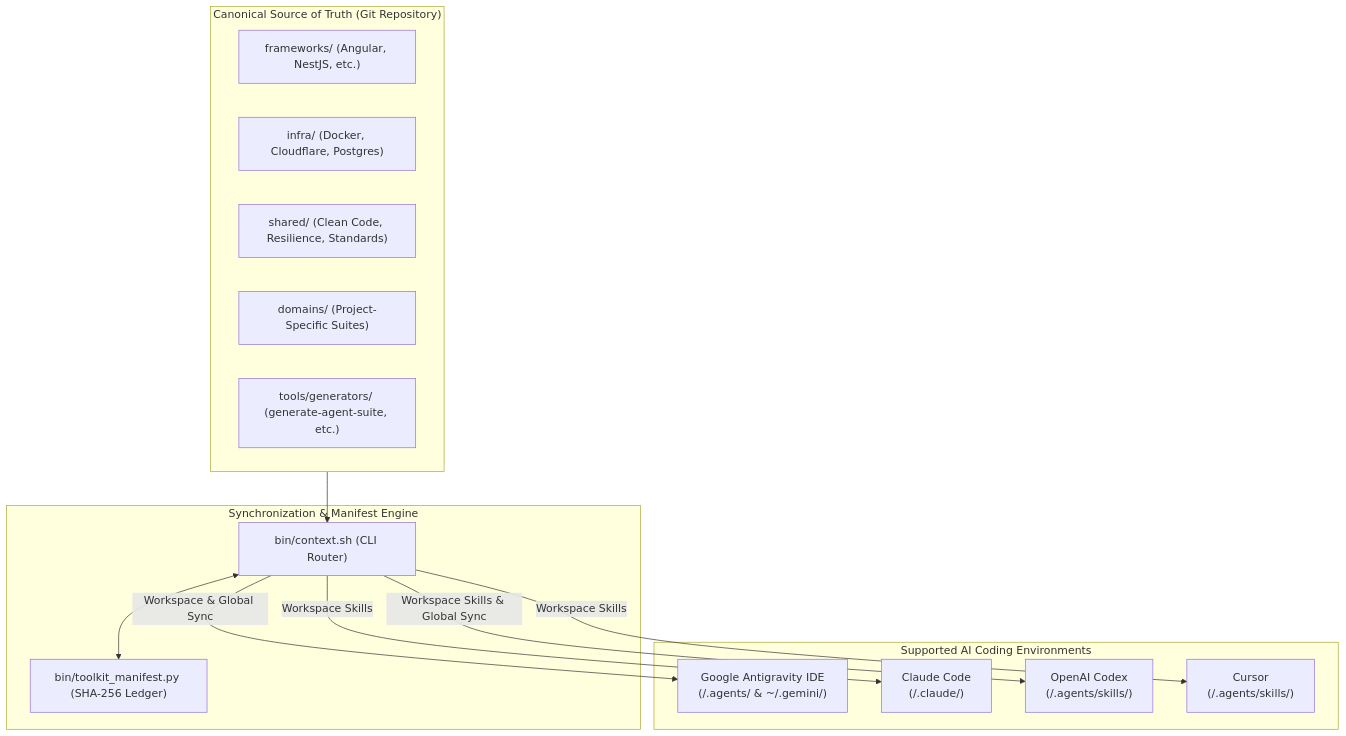
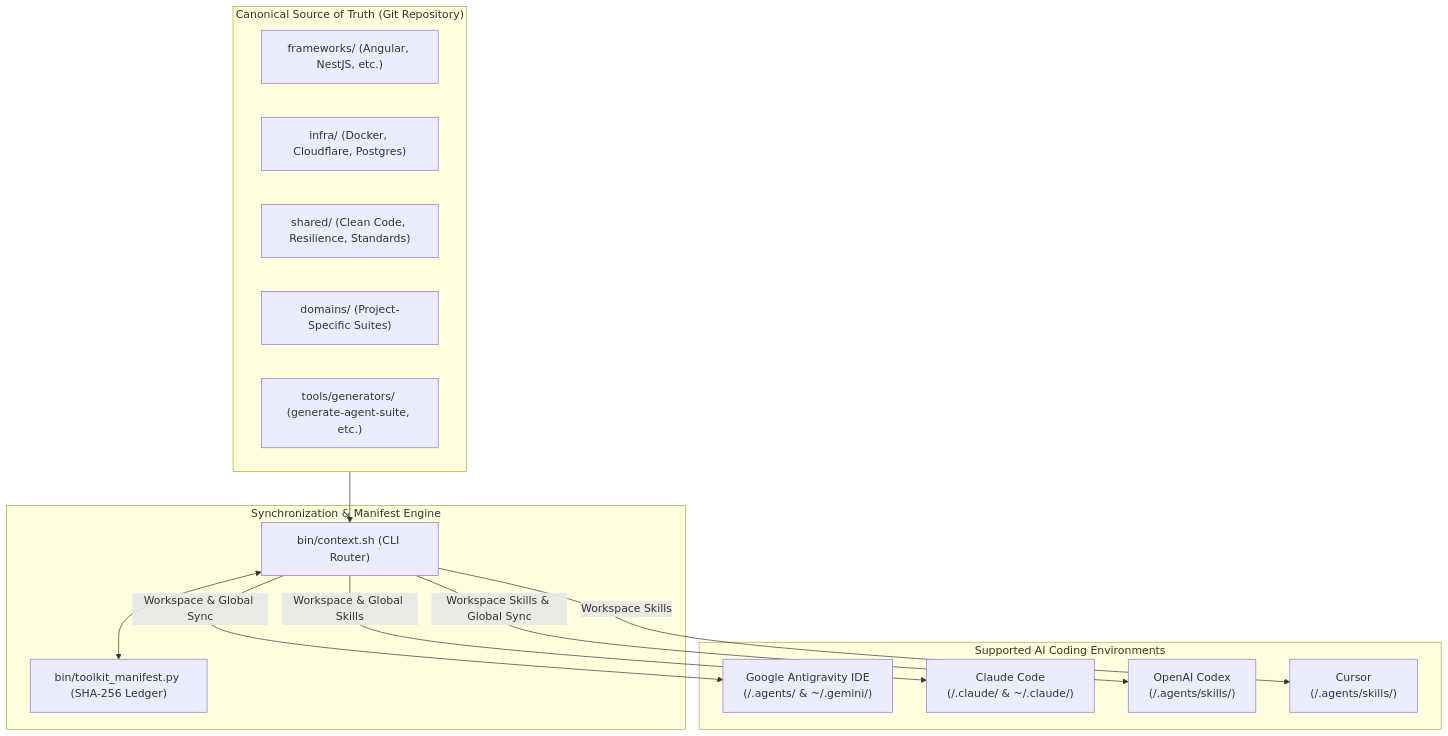
One commit to muralitharan805/ai-agent-toolkit changed the first of 2 diagrams in docs/ARCHITECTURE.md. Above: the diagram before and after it, drawn with Mermaid. The commit also changed other lines of this file and 19 other files, not shown here.

Commit message:
feat: add local context manager web UI and Claude Code support (#7)

````diff
--- a/docs/ARCHITECTURE.md
+++ b/docs/ARCHITECTURE.md
@@ -9,29 +9,29 @@
 ```mermaid
 flowchart TD
     subgraph SSoT["Canonical Source of Truth (Git Repository)"]
         FW["frameworks/ (Angular, NestJS, etc.)"]
         INF["infra/ (Docker, Cloudflare, Postgres)"]
         SH["shared/ (Clean Code, Resilience, Standards)"]
         DOM["domains/ (Project-Specific Suites)"]
         GEN["tools/generators/ (generate-agent-suite, etc.)"]
     end
 
     subgraph Engine["Synchronization & Manifest Engine"]
         CLI["bin/context.sh (CLI Router)"]
         MAN["bin/toolkit_manifest.py (SHA-256 Ledger)"]
     end
 
     subgraph Targets["Supported AI Coding Environments"]
         AGY["Google Antigravity IDE<br/>(<project>/.agents/ & ~/.gemini/)"]
-        CLAUDE["Claude Code<br/>(<project>/.claude/)"]
+        CLAUDE["Claude Code<br/>(<project>/.claude/ & ~/.claude/)"]
         CODEX["OpenAI Codex<br/>(<project>/.agents/skills/)"]
         CURSOR["Cursor<br/>(<project>/.agents/skills/)"]
     end
 
     SSoT --> CLI
     CLI <--> MAN
     CLI -->|Workspace & Global Sync| AGY
-    CLI -->|Workspace Skills| CLAUDE
+    CLI -->|Workspace & Global Skills| CLAUDE
     CLI -->|Workspace Skills & Global Sync| CODEX
     CLI -->|Workspace Skills| CURSOR
 ```
````
